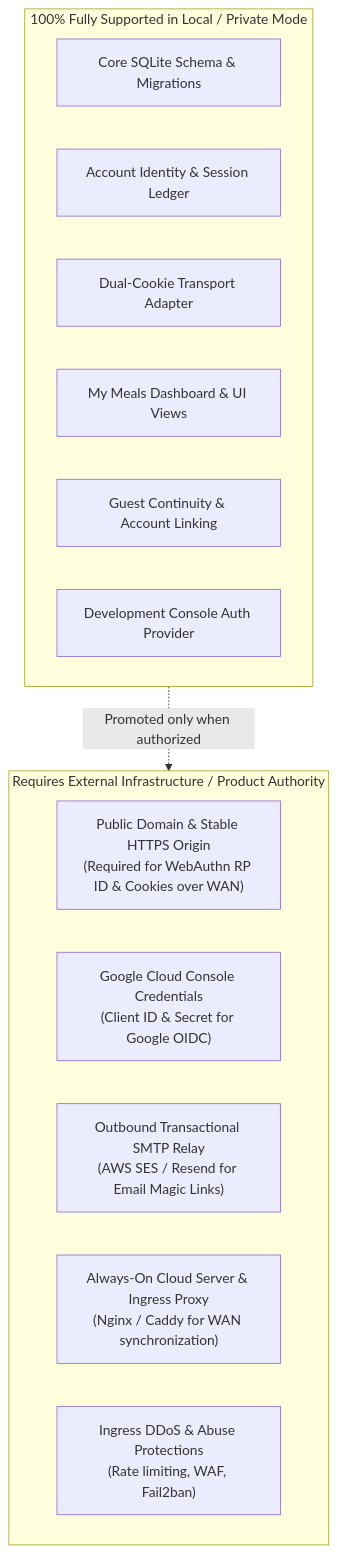
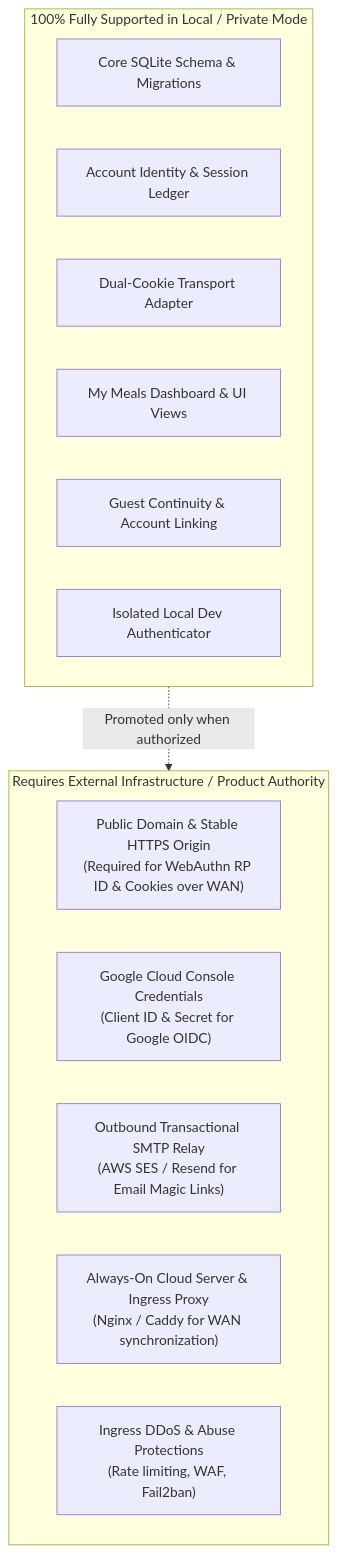
Before and after one commit to KAIYI7/settle-table: the fifth of 6 diagrams in docs/plans/ACCOUNT_IDENTITY_AND_MY_MEALS.md, drawn with Mermaid. The commit also changed other lines of this file, not shown here.

Commit message:
docs(plan): refine account identity roadmap with authority seam and conflict rules

````diff
--- a/docs/plans/ACCOUNT_IDENTITY_AND_MY_MEALS.md
+++ b/docs/plans/ACCOUNT_IDENTITY_AND_MY_MEALS.md
@@ -556,19 +595,19 @@
 ```mermaid
 flowchart TD
     subgraph Local["100% Fully Supported in Local / Private Mode"]
         L1["Core SQLite Schema & Migrations"]
         L2["Account Identity & Session Ledger"]
         L3["Dual-Cookie Transport Adapter"]
         L4["My Meals Dashboard & UI Views"]
         L5["Guest Continuity & Account Linking"]
-        L6["Development Console Auth Provider"]
+        L6["Isolated Local Dev Authenticator"]
     end
     subgraph External["Requires External Infrastructure / Product Authority"]
         E1["Public Domain & Stable HTTPS Origin\n(Required for WebAuthn RP ID & Cookies over WAN)"]
         E2["Google Cloud Console Credentials\n(Client ID & Secret for Google OIDC)"]
         E3["Outbound Transactional SMTP Relay\n(AWS SES / Resend for Email Magic Links)"]
         E4["Always-On Cloud Server & Ingress Proxy\n(Nginx / Caddy for WAN synchronization)"]
         E5["Ingress DDoS & Abuse Protections\n(Rate limiting, WAF, Fail2ban)"]
     end
     Local -.->|Promoted only when authorized| External
 ```
````
